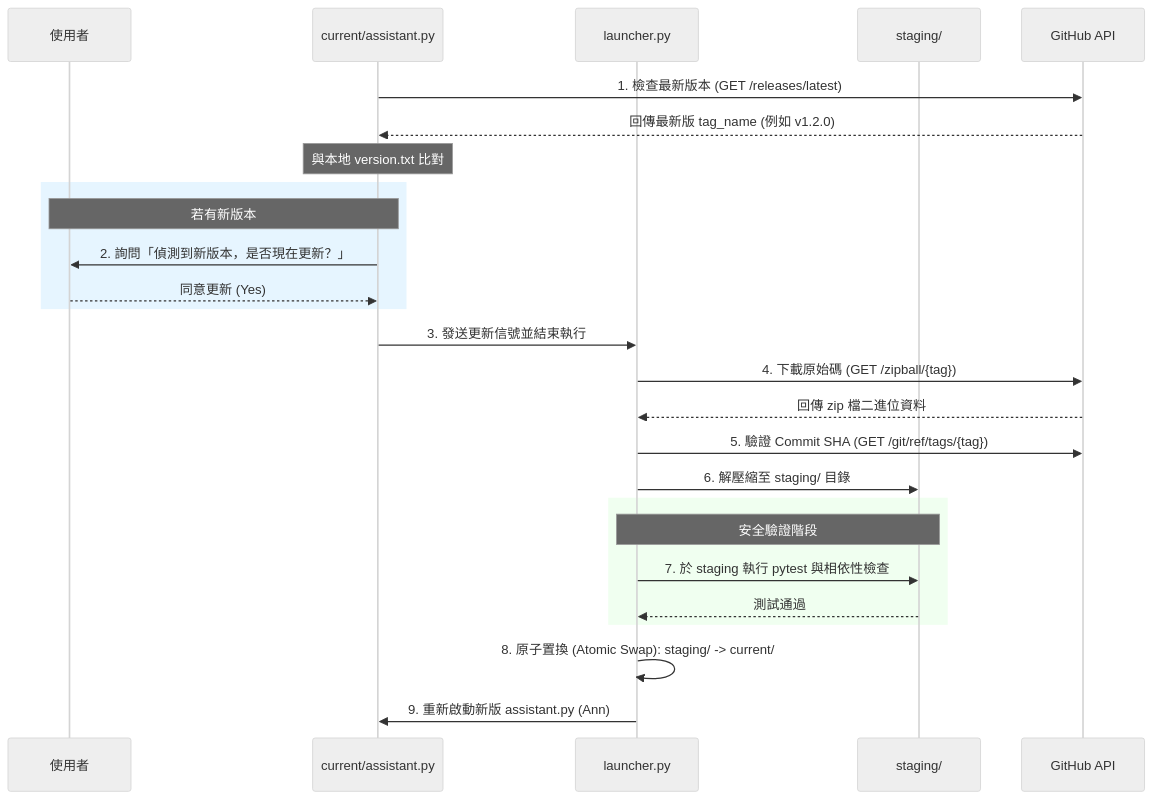
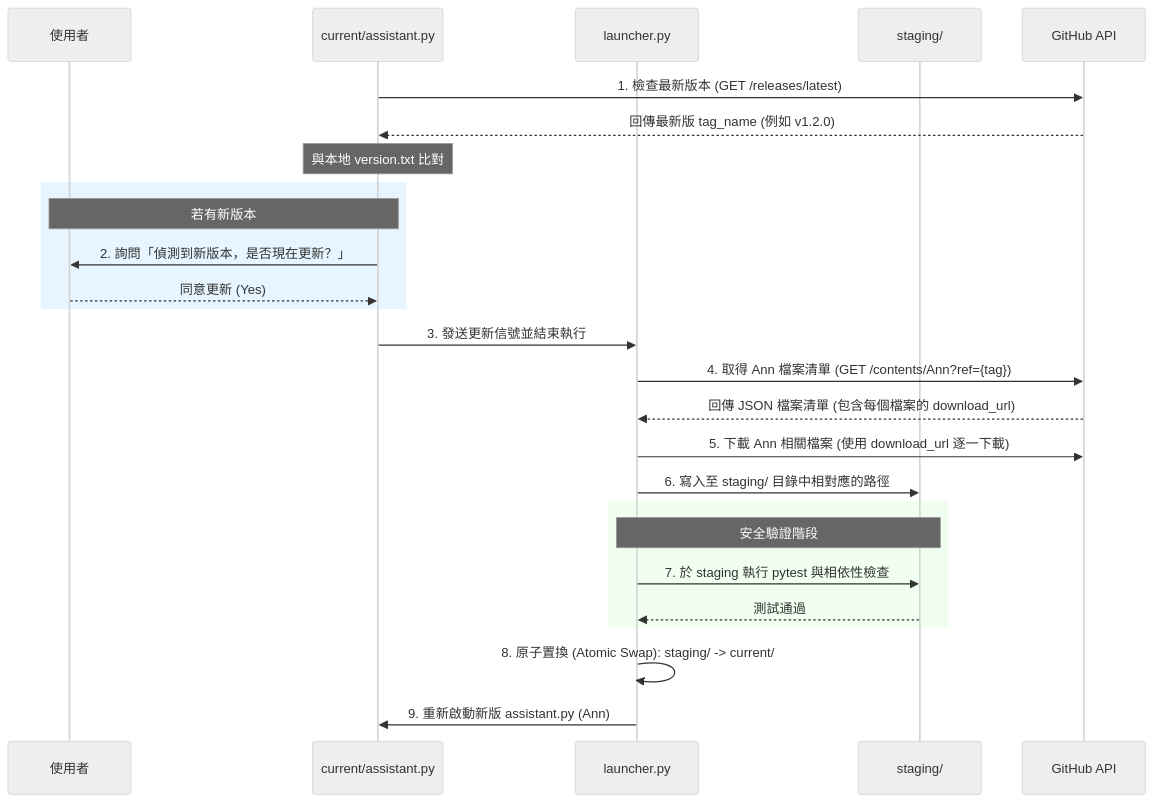
Before and after one commit to zohanlin2-ai/AI-coding-only: the second of 2 diagrams in Ann/README.md, drawn with Mermaid (neutral theme). The commit also changed other lines of this file and 1 other file, not shown here.

Commit message:
docs: optimize update flow to download only Ann folder via Contents API

````diff
--- a/Ann/README.md
+++ b/Ann/README.md
@@ -80,33 +80,33 @@
 ```mermaid
 sequenceDiagram
     participant U as 使用者
     participant A as current/assistant.py
     participant L as launcher.py
     participant S as staging/
     participant GH as GitHub API
 
     A->>GH: 1. 檢查最新版本 (GET /releases/latest)
     GH-->>A: 回傳最新版 tag_name (例如 v1.2.0)
     Note over A: 與本地 version.txt 比對
 
     rect rgb(230, 245, 255)
         Note over A, U: 若有新版本
         A->>U: 2. 詢問「偵測到新版本，是否現在更新？」
         U-->>A: 同意更新 (Yes)
     end
 
     A->>L: 3. 發送更新信號並結束執行
-    L->>GH: 4. 下載原始碼 (GET /zipball/{tag})
-    GH-->>L: 回傳 zip 檔二進位資料
-    L->>GH: 5. 驗證 Commit SHA (GET /git/ref/tags/{tag})
-    L->>S: 6. 解壓縮至 staging/ 目錄
+    L->>GH: 4. 取得 Ann 檔案清單 (GET /contents/Ann?ref={tag})
+    GH-->>L: 回傳 JSON 檔案清單 (包含每個檔案的 download_url)
+    L->>GH: 5. 下載 Ann 相關檔案 (使用 download_url 逐一下載)
+    L->>S: 6. 寫入至 staging/ 目錄中相對應的路徑
 
     rect rgb(240, 255, 240)
         Note over L, S: 安全驗證階段
         L->>S: 7. 於 staging 執行 pytest 與相依性檢查
         S-->>L: 測試通過
     end
 
     L->>L: 8. 原子置換 (Atomic Swap): staging/ -> current/
     L->>A: 9. 重新啟動新版 assistant.py (Ann)
 ```
````
